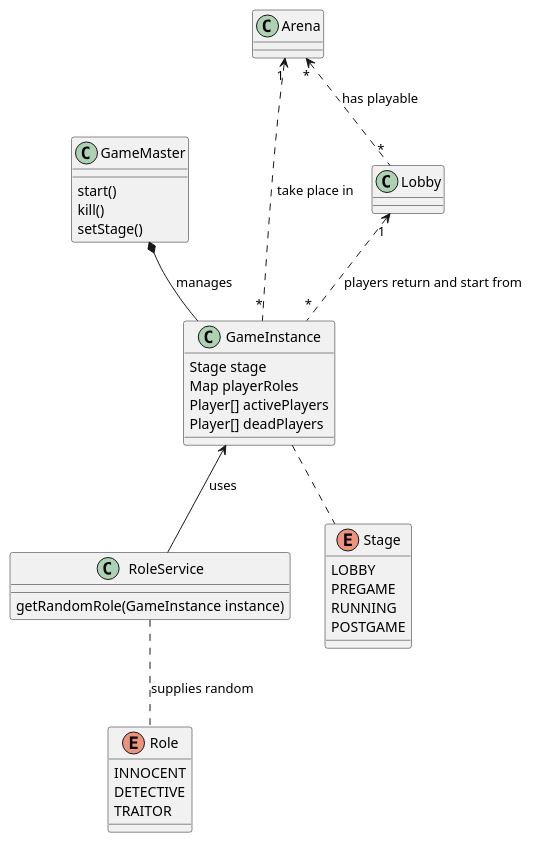
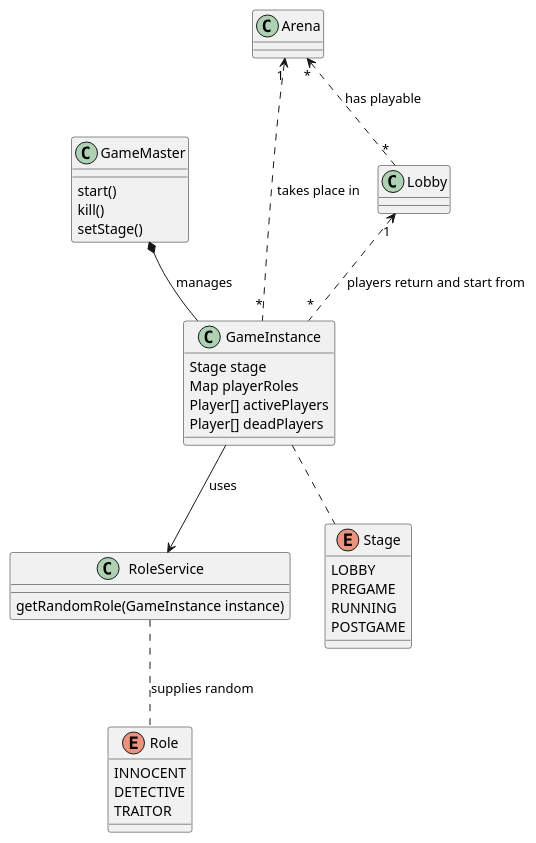
The diagram in TTT-Game.puml (KapitanFloww/FlowwTTT), drawn with PlantUML before and after one commit. The commit also changed 6 other files, not shown here.

```diff
--- a/TTT-Game.puml
+++ b/TTT-Game.puml
@@ -1,42 +1,42 @@
 @startuml
 'https://plantuml.com/class-diagram
 
 class GameMaster {
     start()
     kill()
     setStage()
 }
 class GameInstance {
     Stage stage
     Map playerRoles
     Player[] activePlayers
     Player[] deadPlayers
 }
 class RoleService {
     getRandomRole(GameInstance instance)
 }
 class Arena
 class Lobby
 
 
 enum Stage {
     LOBBY
     PREGAME
     RUNNING
     POSTGAME
 }
 enum Role {
     INNOCENT
     DETECTIVE
     TRAITOR
 }
 
-GameInstance <-- RoleService : uses
+GameInstance --> RoleService : uses
 GameInstance .. Stage
-Arena "1" <.. "*" GameInstance : take place in
+Arena "1" <.. "*" GameInstance : takes place in
 Lobby "1" <.. "*" GameInstance : players return and start from
 Arena "*" <.. "*" Lobby : has playable
 GameMaster *-- GameInstance : manages
 RoleService .. Role : supplies random
 
 @enduml
```
